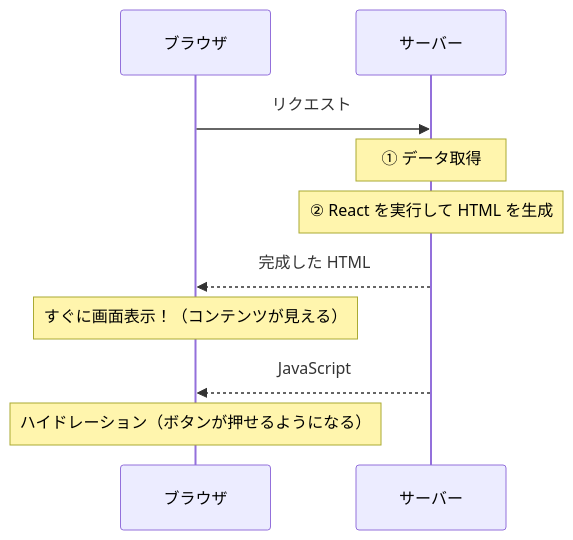
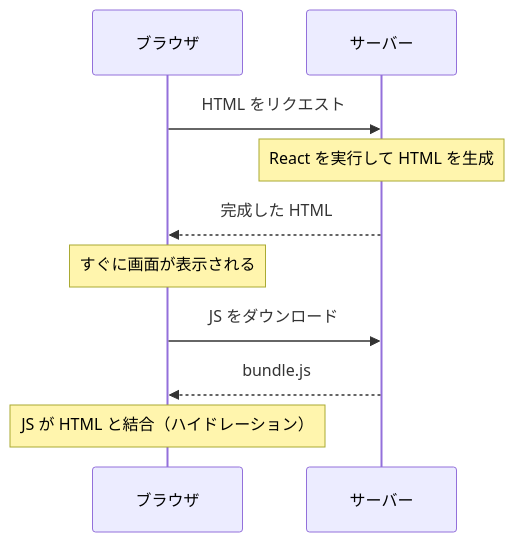
Before and after one commit to ozaki25/web-front-training-ozaki25: the second of 2 diagrams in docs/drafts/029/index.md, drawn with Mermaid. The commit also changed other lines of this file and 15 other files, not shown here.

````diff
--- a/docs/drafts/029/index.md
+++ b/docs/drafts/029/index.md
@@ -120,13 +53,12 @@
 ```mermaid
 sequenceDiagram
     participant B as ブラウザ
     participant S as サーバー
-
-    B->>S: リクエスト
-    Note over S: ① データ取得
-    Note over S: ② React を実行して HTML を生成
+    B->>S: HTML をリクエスト
+    Note over S: React を実行して HTML を生成
     S-->>B: 完成した HTML
-    Note over B: すぐに画面表示！（コンテンツが見える）
-    S-->>B: JavaScript
-    Note over B: ハイドレーション（ボタンが押せるようになる）
+    Note over B: すぐに画面が表示される
+    B->>S: JS をダウンロード
+    S-->>B: bundle.js
+    Note over B: JS が HTML と結合（ハイドレーション）
 ```
````
